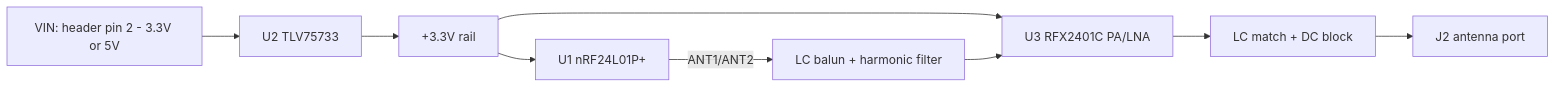
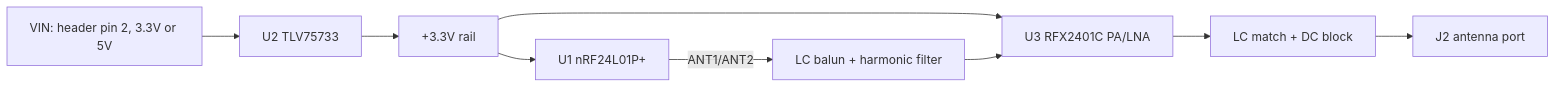
The diagram in README.md (sneakylizard123-4/nRF24), drawn with Mermaid before and after one commit. The commit also changed other lines of this file and 5 other files, not shown here.

````diff
--- a/README.md
+++ b/README.md
@@ -34,12 +35,12 @@
 ```mermaid
 graph LR
-  VIN[VIN: header pin 2 - 3.3V or 5V]
+  VIN[VIN: header pin 2, 3.3V or 5V]
   VIN --> LDO[U2 TLV75733]
   LDO --> R[+3.3V rail]
   R --> R1[U1 nRF24L01P+]
   R --> R2[U3 RFX2401C PA/LNA]
   R1 -->|ANT1/ANT2| Balun[LC balun + harmonic filter]
   Balun --> R2
   R2 --> Match[LC match + DC block]
   Match --> SMA[J2 antenna port]
 ```
````
